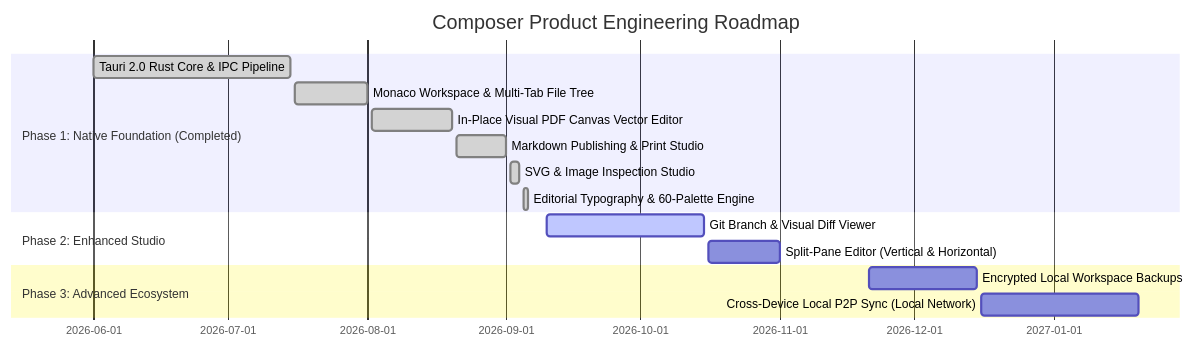
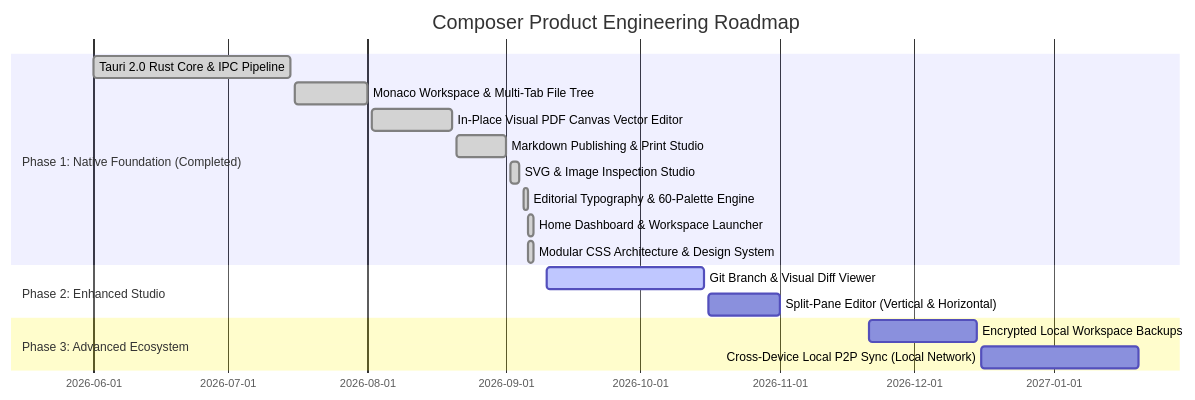
The ninth of 9 diagrams in PRD.md (zishan049/Composer), drawn with Mermaid before and after one commit. The commit also changed other lines of this file and 1 other file, not shown here.

Commit message:
feat: add Home dashboard with global search, modular CSS architecture, and project-wide documentation updates

````diff
--- a/PRD.md
+++ b/PRD.md
@@ -594,18 +667,20 @@
 ```mermaid
 gantt
     title Composer Product Engineering Roadmap
     dateFormat  YYYY-MM-DD
     section Phase 1: Native Foundation (Completed)
     Tauri 2.0 Rust Core & IPC Pipeline          :done,    2026-06-01, 2026-07-15
     Monaco Workspace & Multi-Tab File Tree      :done,    2026-07-16, 2026-08-01
     In-Place Visual PDF Canvas Vector Editor    :done,    2026-08-02, 2026-08-20
     Markdown Publishing & Print Studio          :done,    2026-08-21, 2026-09-01
     SVG & Image Inspection Studio               :done,    2026-09-02, 2026-09-04
     Editorial Typography & 60-Palette Engine    :done,    2026-09-05, 2026-09-06
+    Home Dashboard & Workspace Launcher         :done,    2026-09-06, 2026-09-07
+    Modular CSS Architecture & Design System    :done,    2026-09-06, 2026-09-07
     section Phase 2: Enhanced Studio
     Git Branch & Visual Diff Viewer             :active,  2026-09-10, 2026-10-15
     Split-Pane Editor (Vertical & Horizontal)   :         2026-10-16, 2026-11-01
     section Phase 3: Advanced Ecosystem
     Encrypted Local Workspace Backups           :         2026-11-21, 2026-12-15
     Cross-Device Local P2P Sync (Local Network) :         2026-12-16, 2027-01-20
 ```
````
